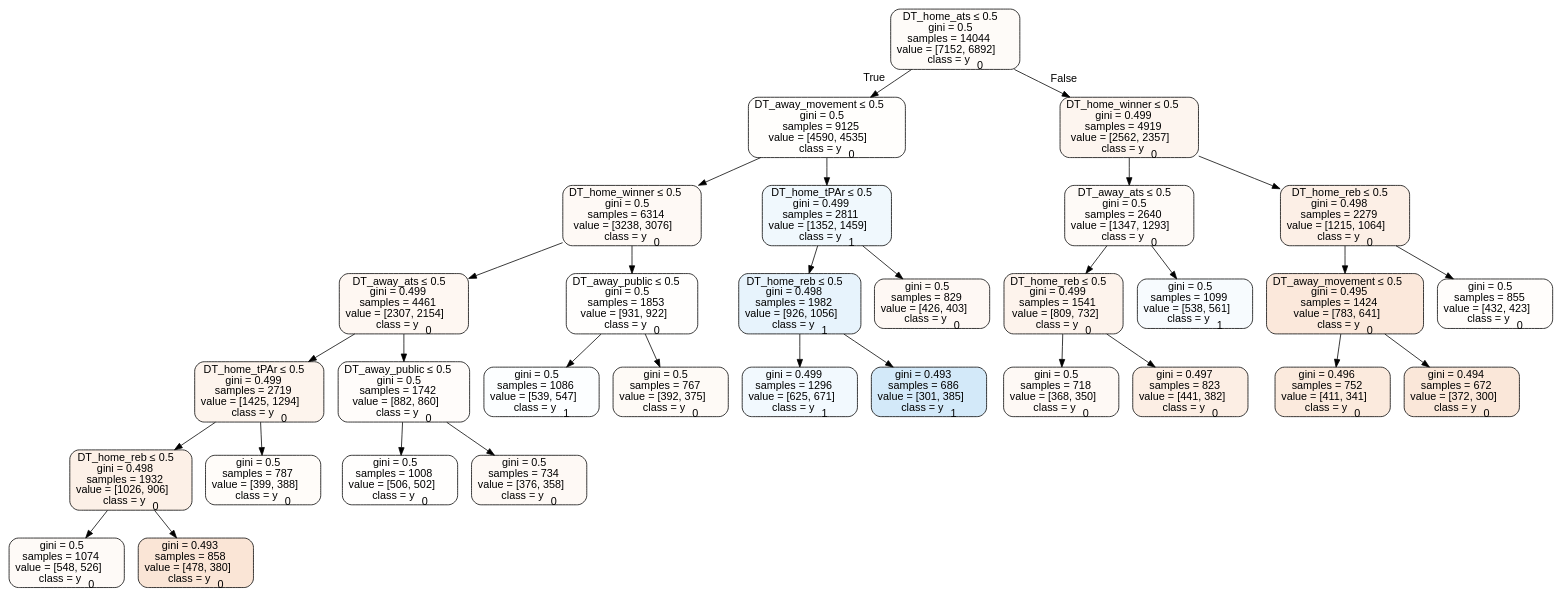
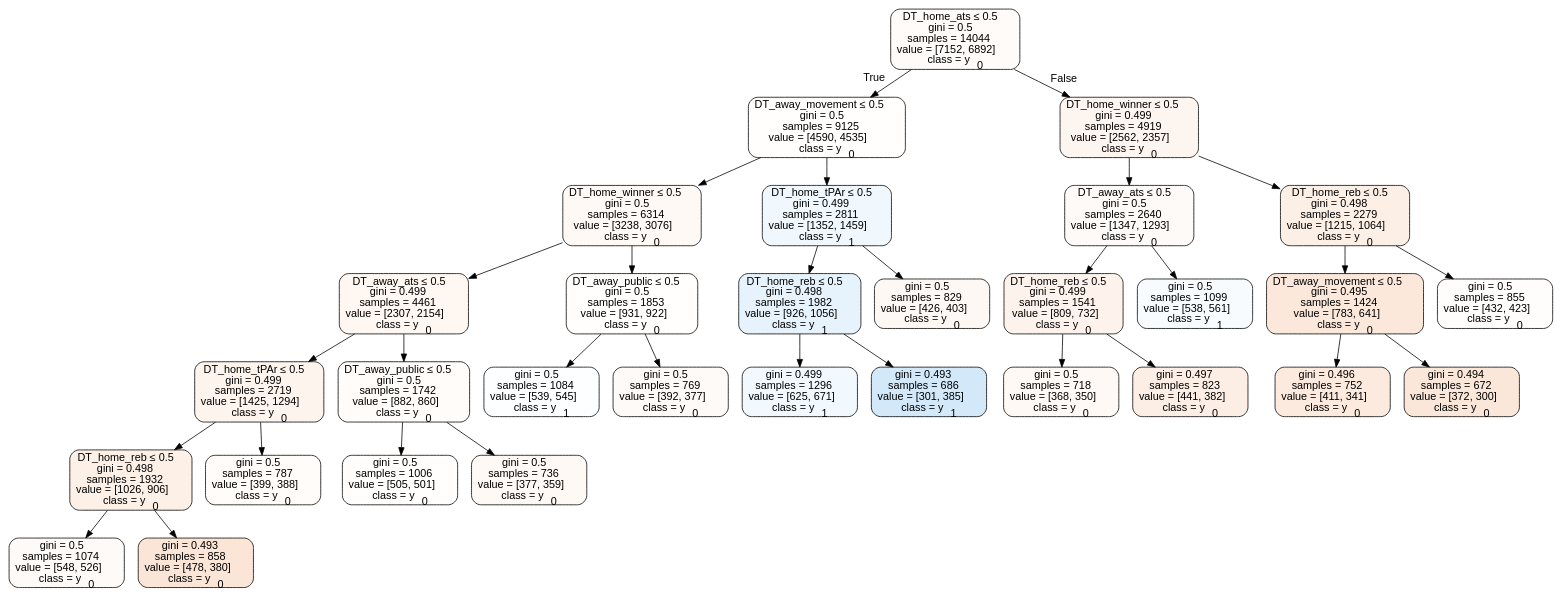
Before and after one commit to usbogie/ncaa-bets: the diagram in Basketball/data/trees/tree2013home.dot, drawn with Graphviz. The commit also changed 24 other files, not shown here.

```diff
--- a/Basketball/data/trees/tree2013home.dot
+++ b/Basketball/data/trees/tree2013home.dot
@@ -1,65 +1,65 @@
 digraph Tree {
 node [shape=box, style="filled, rounded", color="black", fontname=helvetica] ;
 edge [fontname=helvetica] ;
 0 [label=<DT_home_ats &le; 0.5<br/>gini = 0.5<br/>samples = 14044<br/>value = [7152, 6892]<br/>class = y<SUB>0</SUB>>, fillcolor="#e5813909"] ;
 1 [label=<DT_away_movement &le; 0.5<br/>gini = 0.5<br/>samples = 9125<br/>value = [4590, 4535]<br/>class = y<SUB>0</SUB>>, fillcolor="#e5813903"] ;
 0 -> 1 [labeldistance=2.5, labelangle=45, headlabel="True"] ;
 2 [label=<DT_home_winner &le; 0.5<br/>gini = 0.5<br/>samples = 6314<br/>value = [3238, 3076]<br/>class = y<SUB>0</SUB>>, fillcolor="#e581390d"] ;
 1 -> 2 ;
 3 [label=<DT_away_ats &le; 0.5<br/>gini = 0.499<br/>samples = 4461<br/>value = [2307, 2154]<br/>class = y<SUB>0</SUB>>, fillcolor="#e5813911"] ;
 2 -> 3 ;
 4 [label=<DT_home_tPAr &le; 0.5<br/>gini = 0.499<br/>samples = 2719<br/>value = [1425, 1294]<br/>class = y<SUB>0</SUB>>, fillcolor="#e5813917"] ;
 3 -> 4 ;
 5 [label=<DT_home_reb &le; 0.5<br/>gini = 0.498<br/>samples = 1932<br/>value = [1026, 906]<br/>class = y<SUB>0</SUB>>, fillcolor="#e581391e"] ;
 4 -> 5 ;
 6 [label=<gini = 0.5<br/>samples = 1074<br/>value = [548, 526]<br/>class = y<SUB>0</SUB>>, fillcolor="#e581390a"] ;
 5 -> 6 ;
 7 [label=<gini = 0.493<br/>samples = 858<br/>value = [478, 380]<br/>class = y<SUB>0</SUB>>, fillcolor="#e5813934"] ;
 5 -> 7 ;
 8 [label=<gini = 0.5<br/>samples = 787<br/>value = [399, 388]<br/>class = y<SUB>0</SUB>>, fillcolor="#e5813907"] ;
 4 -> 8 ;
 9 [label=<DT_away_public &le; 0.5<br/>gini = 0.5<br/>samples = 1742<br/>value = [882, 860]<br/>class = y<SUB>0</SUB>>, fillcolor="#e5813906"] ;
 3 -> 9 ;
-10 [label=<gini = 0.5<br/>samples = 1008<br/>value = [506, 502]<br/>class = y<SUB>0</SUB>>, fillcolor="#e5813902"] ;
+10 [label=<gini = 0.5<br/>samples = 1006<br/>value = [505, 501]<br/>class = y<SUB>0</SUB>>, fillcolor="#e5813902"] ;
 9 -> 10 ;
-11 [label=<gini = 0.5<br/>samples = 734<br/>value = [376, 358]<br/>class = y<SUB>0</SUB>>, fillcolor="#e581390c"] ;
+11 [label=<gini = 0.5<br/>samples = 736<br/>value = [377, 359]<br/>class = y<SUB>0</SUB>>, fillcolor="#e581390c"] ;
 9 -> 11 ;
 12 [label=<DT_away_public &le; 0.5<br/>gini = 0.5<br/>samples = 1853<br/>value = [931, 922]<br/>class = y<SUB>0</SUB>>, fillcolor="#e5813902"] ;
 2 -> 12 ;
-13 [label=<gini = 0.5<br/>samples = 1086<br/>value = [539, 547]<br/>class = y<SUB>1</SUB>>, fillcolor="#399de504"] ;
+13 [label=<gini = 0.5<br/>samples = 1084<br/>value = [539, 545]<br/>class = y<SUB>1</SUB>>, fillcolor="#399de503"] ;
 12 -> 13 ;
-14 [label=<gini = 0.5<br/>samples = 767<br/>value = [392, 375]<br/>class = y<SUB>0</SUB>>, fillcolor="#e581390b"] ;
+14 [label=<gini = 0.5<br/>samples = 769<br/>value = [392, 377]<br/>class = y<SUB>0</SUB>>, fillcolor="#e581390a"] ;
 12 -> 14 ;
 15 [label=<DT_home_tPAr &le; 0.5<br/>gini = 0.499<br/>samples = 2811<br/>value = [1352, 1459]<br/>class = y<SUB>1</SUB>>, fillcolor="#399de513"] ;
 1 -> 15 ;
 16 [label=<DT_home_reb &le; 0.5<br/>gini = 0.498<br/>samples = 1982<br/>value = [926, 1056]<br/>class = y<SUB>1</SUB>>, fillcolor="#399de51f"] ;
 15 -> 16 ;
 17 [label=<gini = 0.499<br/>samples = 1296<br/>value = [625, 671]<br/>class = y<SUB>1</SUB>>, fillcolor="#399de511"] ;
 16 -> 17 ;
 18 [label=<gini = 0.493<br/>samples = 686<br/>value = [301, 385]<br/>class = y<SUB>1</SUB>>, fillcolor="#399de538"] ;
 16 -> 18 ;
 19 [label=<gini = 0.5<br/>samples = 829<br/>value = [426, 403]<br/>class = y<SUB>0</SUB>>, fillcolor="#e581390e"] ;
 15 -> 19 ;
 20 [label=<DT_home_winner &le; 0.5<br/>gini = 0.499<br/>samples = 4919<br/>value = [2562, 2357]<br/>class = y<SUB>0</SUB>>, fillcolor="#e5813914"] ;
 0 -> 20 [labeldistance=2.5, labelangle=-45, headlabel="False"] ;
 21 [label=<DT_away_ats &le; 0.5<br/>gini = 0.5<br/>samples = 2640<br/>value = [1347, 1293]<br/>class = y<SUB>0</SUB>>, fillcolor="#e581390a"] ;
 20 -> 21 ;
 22 [label=<DT_home_reb &le; 0.5<br/>gini = 0.499<br/>samples = 1541<br/>value = [809, 732]<br/>class = y<SUB>0</SUB>>, fillcolor="#e5813918"] ;
 21 -> 22 ;
 23 [label=<gini = 0.5<br/>samples = 718<br/>value = [368, 350]<br/>class = y<SUB>0</SUB>>, fillcolor="#e581390c"] ;
 22 -> 23 ;
 24 [label=<gini = 0.497<br/>samples = 823<br/>value = [441, 382]<br/>class = y<SUB>0</SUB>>, fillcolor="#e5813922"] ;
 22 -> 24 ;
 25 [label=<gini = 0.5<br/>samples = 1099<br/>value = [538, 561]<br/>class = y<SUB>1</SUB>>, fillcolor="#399de50a"] ;
 21 -> 25 ;
 26 [label=<DT_home_reb &le; 0.5<br/>gini = 0.498<br/>samples = 2279<br/>value = [1215, 1064]<br/>class = y<SUB>0</SUB>>, fillcolor="#e5813920"] ;
 20 -> 26 ;
 27 [label=<DT_away_movement &le; 0.5<br/>gini = 0.495<br/>samples = 1424<br/>value = [783, 641]<br/>class = y<SUB>0</SUB>>, fillcolor="#e581392e"] ;
 26 -> 27 ;
 28 [label=<gini = 0.496<br/>samples = 752<br/>value = [411, 341]<br/>class = y<SUB>0</SUB>>, fillcolor="#e581392b"] ;
 27 -> 28 ;
 29 [label=<gini = 0.494<br/>samples = 672<br/>value = [372, 300]<br/>class = y<SUB>0</SUB>>, fillcolor="#e5813931"] ;
 27 -> 29 ;
 30 [label=<gini = 0.5<br/>samples = 855<br/>value = [432, 423]<br/>class = y<SUB>0</SUB>>, fillcolor="#e5813905"] ;
 26 -> 30 ;
 }
```
